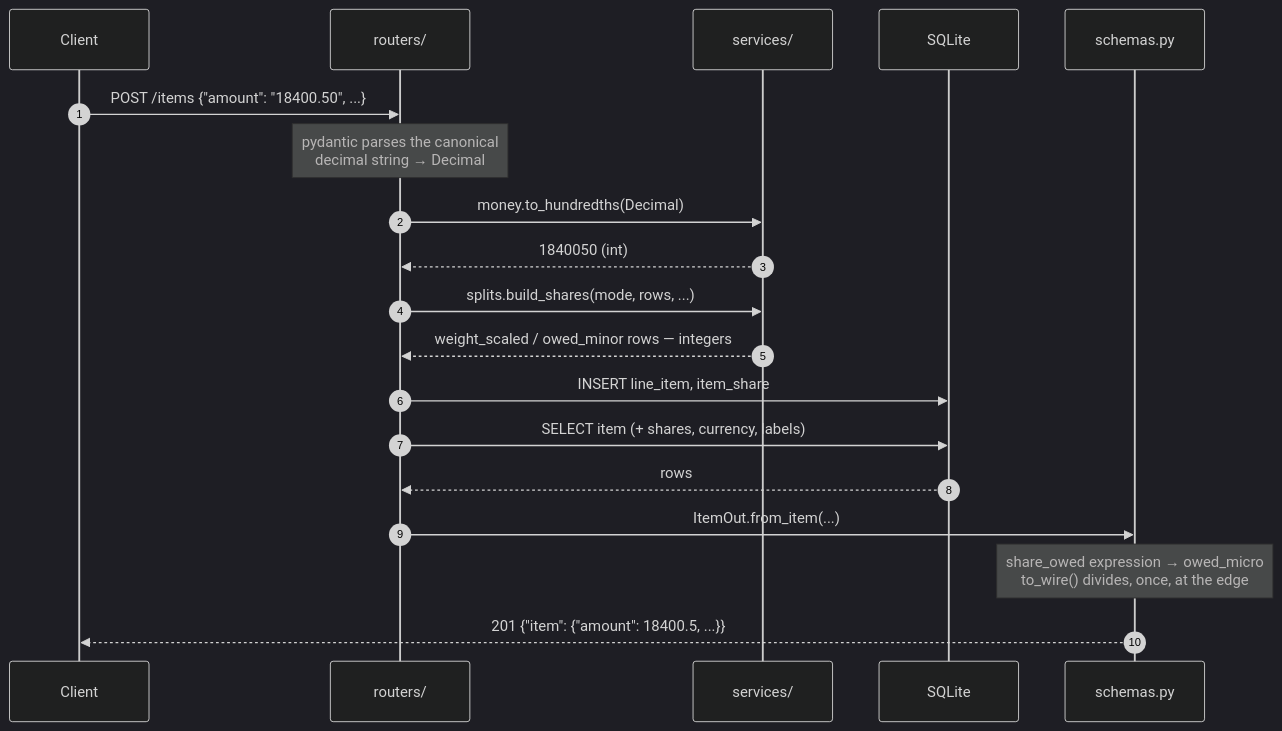
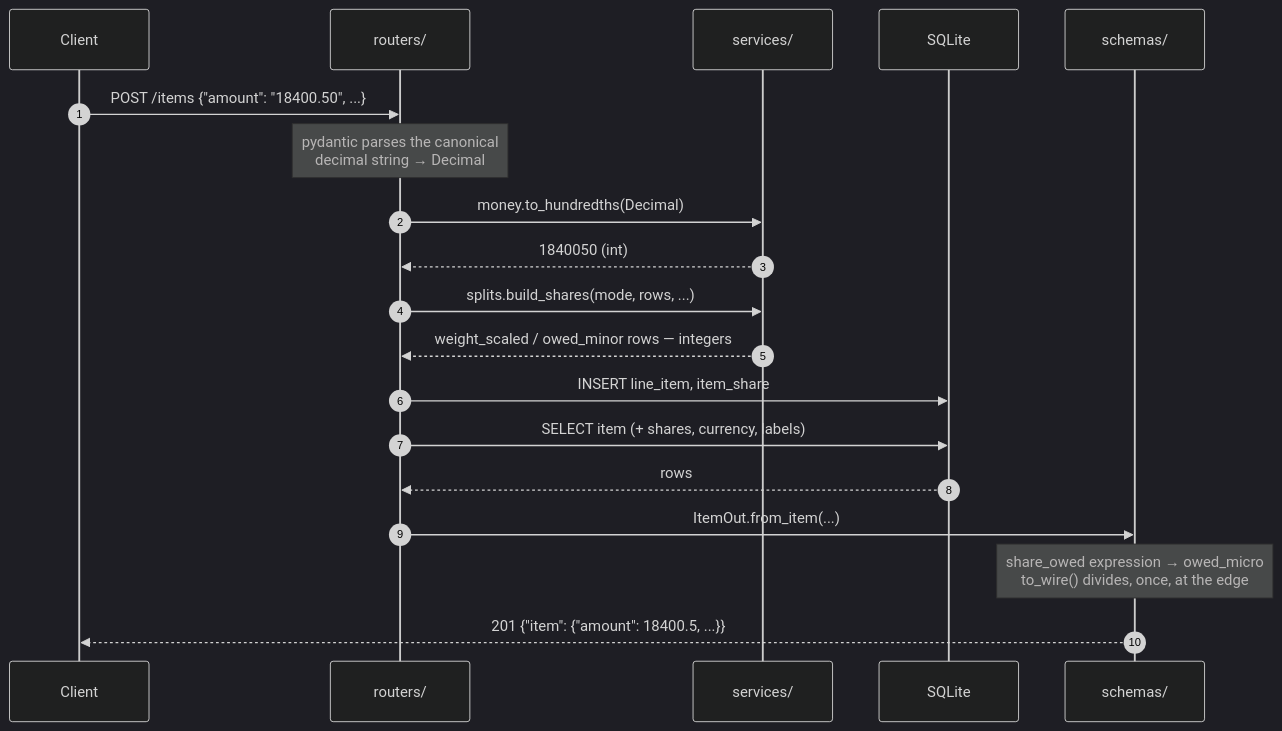
Before and after one commit to pehala/tripaccounter: the second of 7 diagrams in design/ARCHITECTURE.md, drawn with Mermaid (dark theme). The commit also changed other lines of this file and 31 other files, not shown here.

First line of the commit message:
refactor(schemas): split schemas.py into a package

````diff
--- a/design/ARCHITECTURE.md
+++ b/design/ARCHITECTURE.md
@@ -61,22 +61,22 @@
 ```mermaid
 sequenceDiagram
     autonumber
     participant C as Client
     participant R as routers/
     participant S as services/
     participant DB as SQLite
-    participant W as schemas.py
+    participant W as schemas/
 
     C->>R: POST /items {"amount": "18400.50", ...}
     Note over R: pydantic parses the canonical<br/>decimal string → Decimal
     R->>S: money.to_hundredths(Decimal)
     S-->>R: 1840050 (int)
     R->>S: splits.build_shares(mode, rows, ...)
     S-->>R: weight_scaled / owed_minor rows — integers
     R->>DB: INSERT line_item, item_share
     R->>DB: SELECT item (+ shares, currency, labels)
     DB-->>R: rows
     R->>W: ItemOut.from_item(...)
     Note over W: share_owed expression → owed_micro<br/>to_wire() divides, once, at the edge
     W-->>C: 201 {"item": {"amount": 18400.5, ...}}
 ```
````
